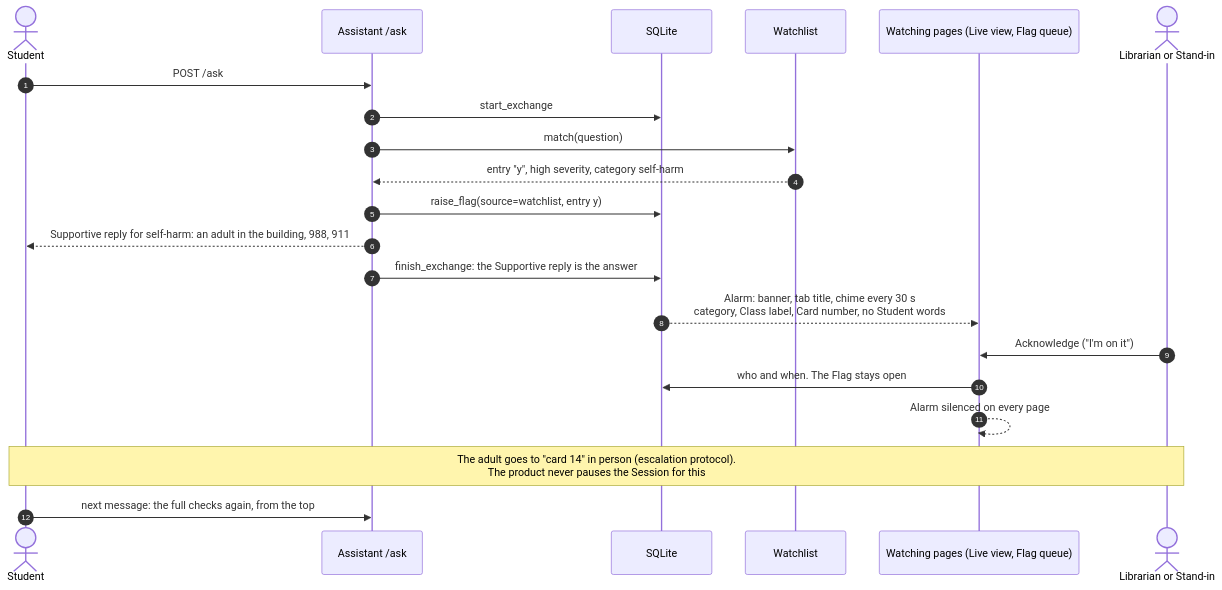
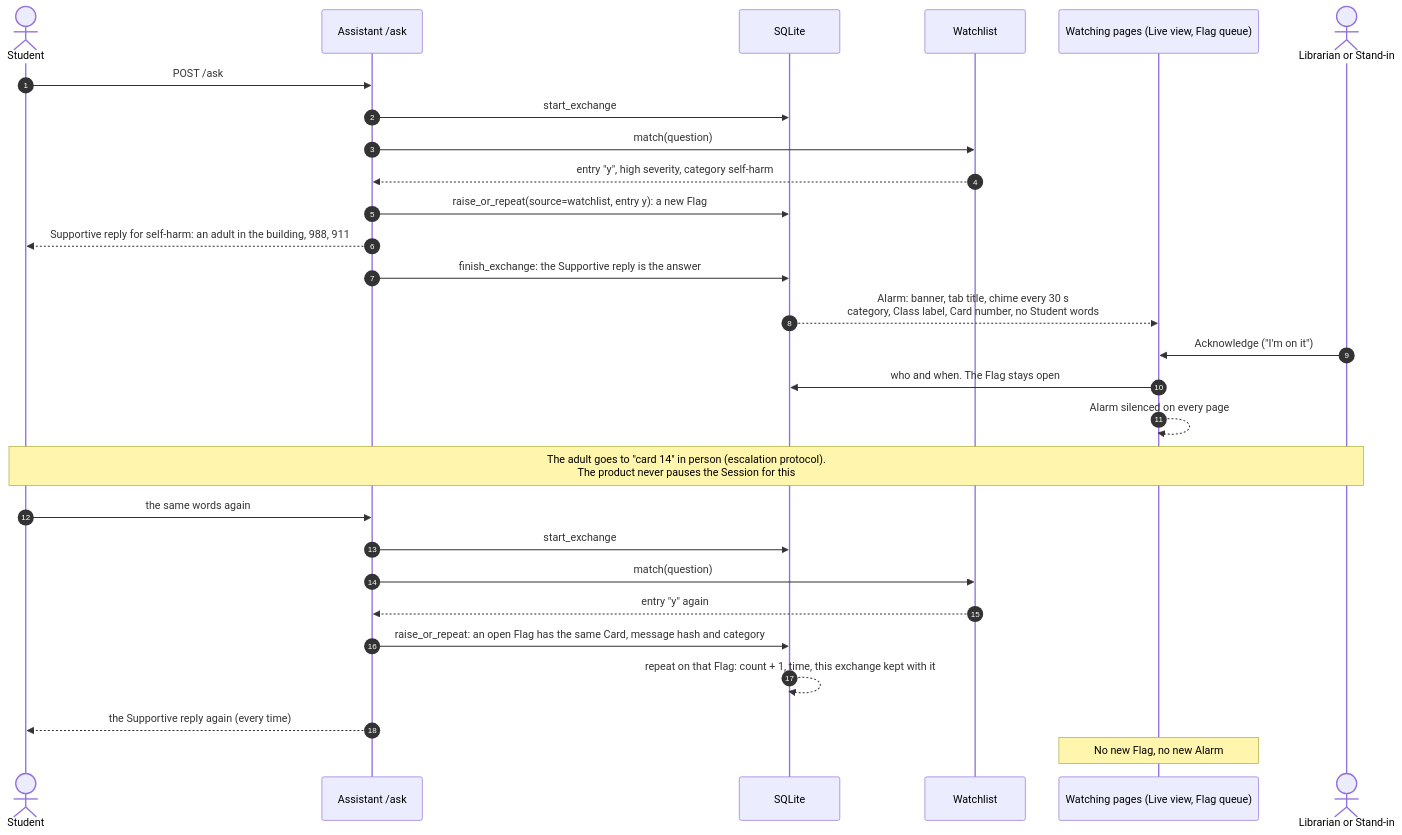
Before and after one commit to imkarrer/library-ai-lab: the fourth of 7 diagrams in docs/design/student-message-flow.md, drawn with Mermaid. The commit also changed other lines of this file, not shown here.

First line of the commit message:
docs/design: record decisions on in-flight, repeats, screening Supportive replies

````diff
--- a/docs/design/student-message-flow.md
+++ b/docs/design/student-message-flow.md
@@ -122,24 +127,31 @@
 ```mermaid
 sequenceDiagram
     autonumber
     actor S as Student
     participant A as Assistant /ask
     participant DB as SQLite
     participant W as Watchlist
     participant WP as Watching pages (Live view, Flag queue)
     actor L as Librarian or Stand-in
 
     S->>A: POST /ask
     A->>DB: start_exchange
     A->>W: match(question)
     W-->>A: entry "y", high severity, category self-harm
-    A->>DB: raise_flag(source=watchlist, entry y)
+    A->>DB: raise_or_repeat(source=watchlist, entry y): a new Flag
     A-->>S: Supportive reply for self-harm: an adult in the building, 988, 911
     A->>DB: finish_exchange: the Supportive reply is the answer
     DB-->>WP: Alarm: banner, tab title, chime every 30 s<br/>category, Class label, Card number, no Student words
     L->>WP: Acknowledge ("I'm on it")
     WP->>DB: who and when. The Flag stays open
     WP-->>WP: Alarm silenced on every page
     Note over L,S: The adult goes to "card 14" in person (escalation protocol).<br/>The product never pauses the Session for this
-    S->>A: next message: the full checks again, from the top
+    S->>A: the same words again
+    A->>DB: start_exchange
+    A->>W: match(question)
+    W-->>A: entry "y" again
+    A->>DB: raise_or_repeat: an open Flag has the same Card, message hash and category
+    DB-->>DB: repeat on that Flag: count + 1, time, this exchange kept with it
+    A-->>S: the Supportive reply again (every time)
+    Note over WP: No new Flag, no new Alarm
 ```
````
